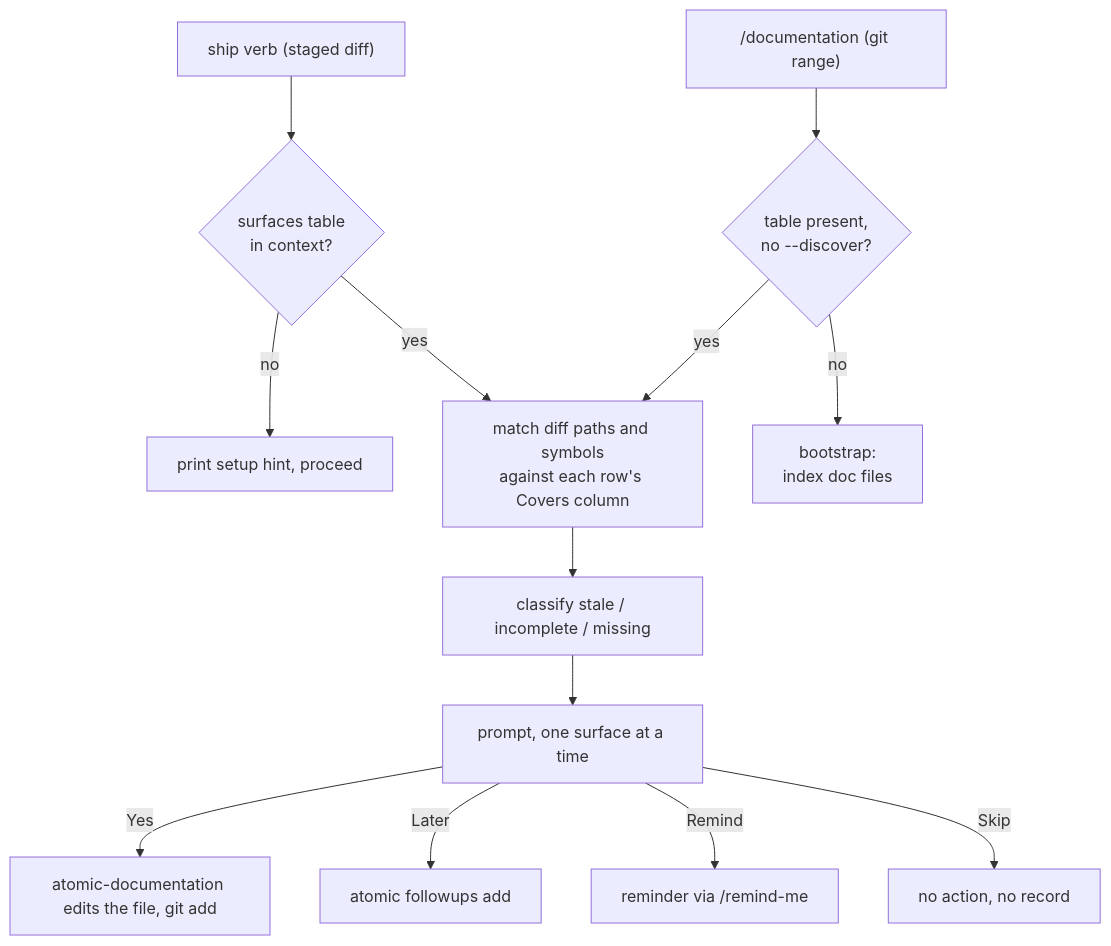
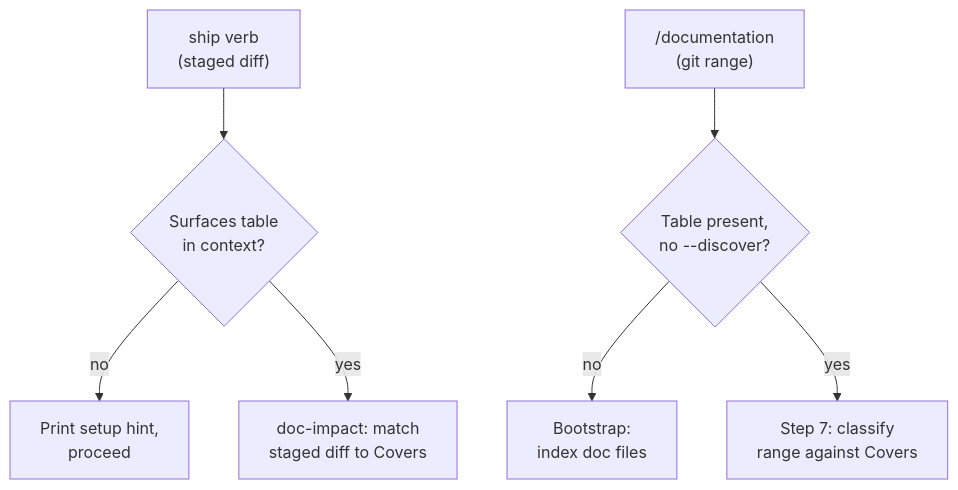
The first of 5 diagrams in docs/wiki/docs-meta.md (damusix/atomic-claude), drawn with Mermaid before and after one commit. The commit also changed other lines of this file and 19 other files, not shown here.

````diff
--- a/docs/wiki/docs-meta.md
+++ b/docs/wiki/docs-meta.md
@@ -60,18 +43,10 @@
 ```mermaid
 flowchart TD
-    A["ship verb (staged diff)"] --> T
-    B["/documentation (git range)"] --> D
-    T{"surfaces table<br/>in context?"}
-    T -->|no| H["print setup hint, proceed"]
-    T -->|yes| M
-    D{"table present,<br/>no --discover?"}
-    D -->|no| BS["bootstrap:<br/>index doc files"]
-    D -->|yes| M
-    M["match diff paths and symbols<br/>against each row's Covers column"]
-    M --> C["classify stale / incomplete / missing"]
-    C --> P["prompt, one surface at a time"]
-    P -->|Yes| E["atomic-documentation edits the file, git add"]
-    P -->|Later| F["atomic followups add"]
-    P -->|Remind| R["reminder via /remind-me"]
-    P -->|Skip| N["no action, no record"]
+    %% source: context/_partials/doc-impact.md, context/commands/documentation.md
+    A["ship verb<br/>(staged diff)"] --> T{"Surfaces table<br/>in context?"}
+    B["/documentation<br/>(git range)"] --> D{"Table present,<br/>no --discover?"}
+    T -->|no| H["Print setup hint,<br/>proceed"]
+    T -->|yes| M["doc-impact: match<br/>staged diff to Covers"]
+    D -->|no| BS["Bootstrap:<br/>index doc files"]
+    D -->|yes| C["Step 7: classify<br/>range against Covers"]
 ```
````
